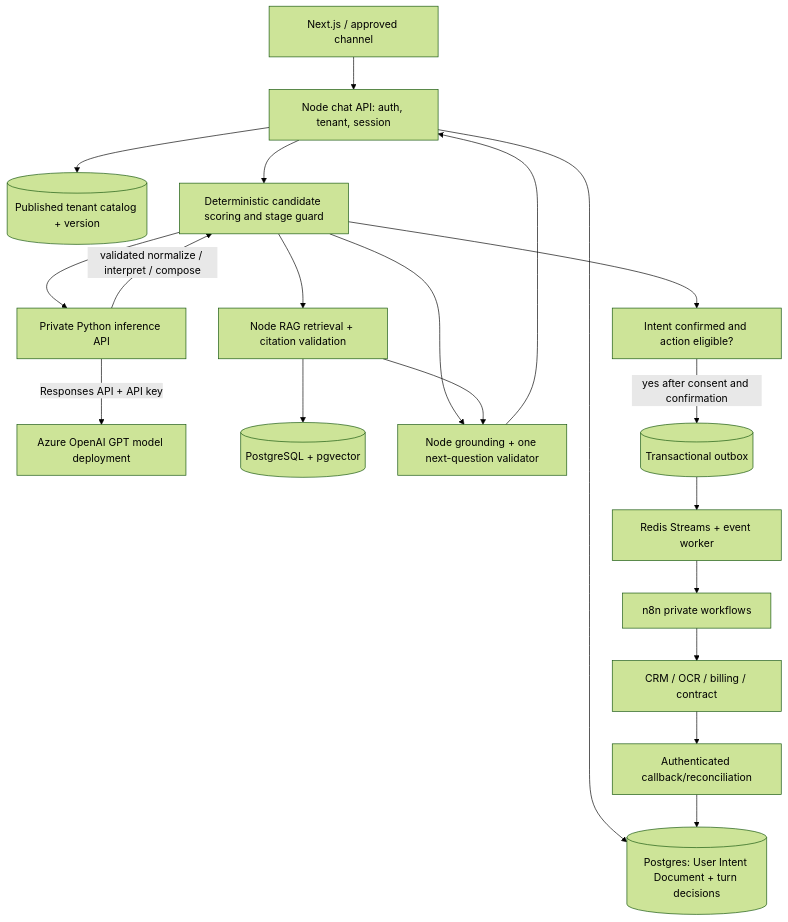
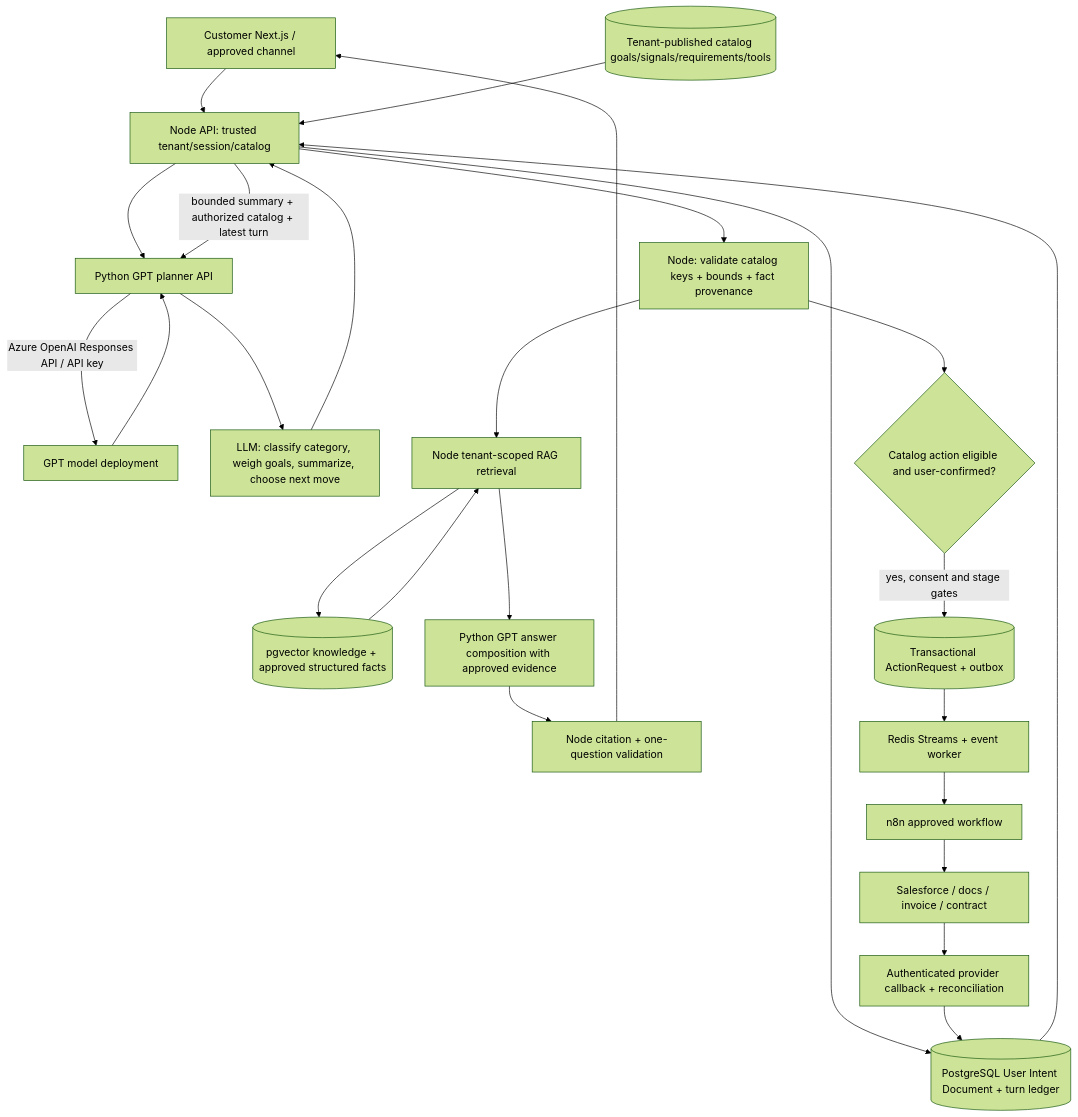
Before and after one commit to sanukhandev/agentic-rag-ai: the diagram in docs/architecture.md, drawn with Mermaid (forest theme). The commit also changed other lines of this file and 14 other files, not shown here.

Commit message:
docs: make GPT conversation planning goal-first with catalog intent taxonomy

````diff
--- a/docs/architecture.md
+++ b/docs/architecture.md
@@ -7,22 +7,27 @@
 ```mermaid
 flowchart TD
-  U[Next.js / approved channel] --> NODE[Node chat API: auth, tenant, session]
-  NODE --> MEM[(Postgres: User Intent Document + turn decisions)]
-  NODE --> CAT[(Published tenant catalog + version)]
-  NODE --> S[Deterministic candidate scoring and stage guard]
-  S --> P[Private Python inference API]
-  P -->|Responses API + API key| GPT[Azure OpenAI GPT model deployment]
-  P -->|validated normalize / interpret / compose| S
-  S --> R[Node RAG retrieval + citation validation]
-  R --> V[(PostgreSQL + pgvector)]
-  S --> N[Node grounding + one next-question validator]
-  R --> N
-  N --> NODE
-  S --> X[Intent confirmed and action eligible?]
-  X -->|yes after consent and confirmation| OUT[(Transactional outbox)]
+  U[Customer Next.js / approved channel] --> N[Node API: trusted tenant/session/catalog]
+  N --> DB[(PostgreSQL User Intent Document + turn ledger)]
+  N --> P[Python GPT planner API]
+  CAT[(Tenant-published catalog goals/signals/requirements/tools)] --> N
+  DB --> N
+  N -->|bounded summary + authorized catalog + latest turn| P
+  P -->|Azure OpenAI Responses API / API key| GPT[GPT model deployment]
+  GPT --> P
+  P --> PLAN[LLM: classify category, weigh goals, summarize, choose next move]
+  PLAN --> N
+  N --> VALID[Node: validate catalog keys + bounds + fact provenance]
+  VALID --> RET[Node tenant-scoped RAG retrieval]
+  RET --> V[(pgvector knowledge + approved structured facts)]
+  V --> RET
+  RET --> COMP[Python GPT answer composition with approved evidence]
+  COMP --> ANS[Node citation + one-question validation]
+  ANS --> U
+  VALID --> READY{Catalog action eligible and user-confirmed?}
+  READY -->|yes, consent and stage gates| OUT[(Transactional ActionRequest + outbox)]
   OUT --> BUS[Redis Streams + event worker]
-  BUS --> WF[n8n private workflows]
-  WF --> EXT[CRM / OCR / billing / contract]
-  EXT --> CB[Authenticated callback/reconciliation]
-  CB --> MEM
+  BUS --> WF[n8n approved workflow]
+  WF --> EXT[Salesforce / docs / invoice / contract]
+  EXT --> CB[Authenticated provider callback + reconciliation]
+  CB --> DB
 ```
````
